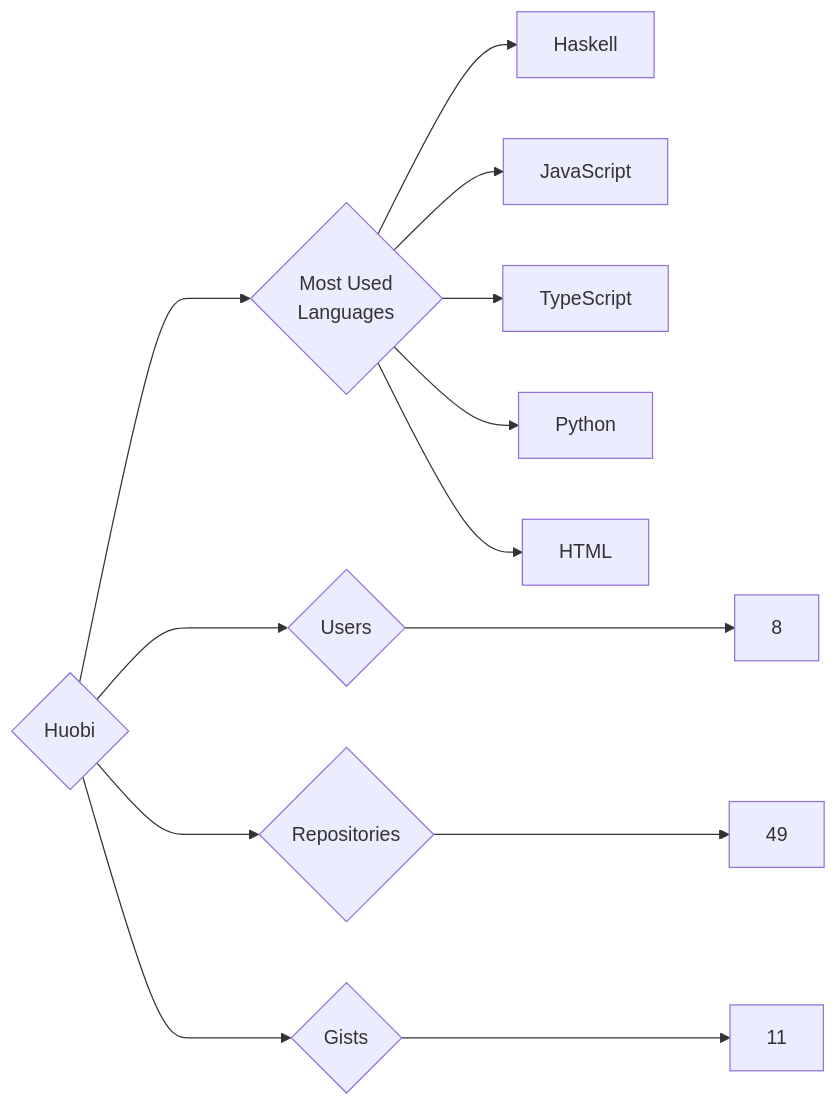
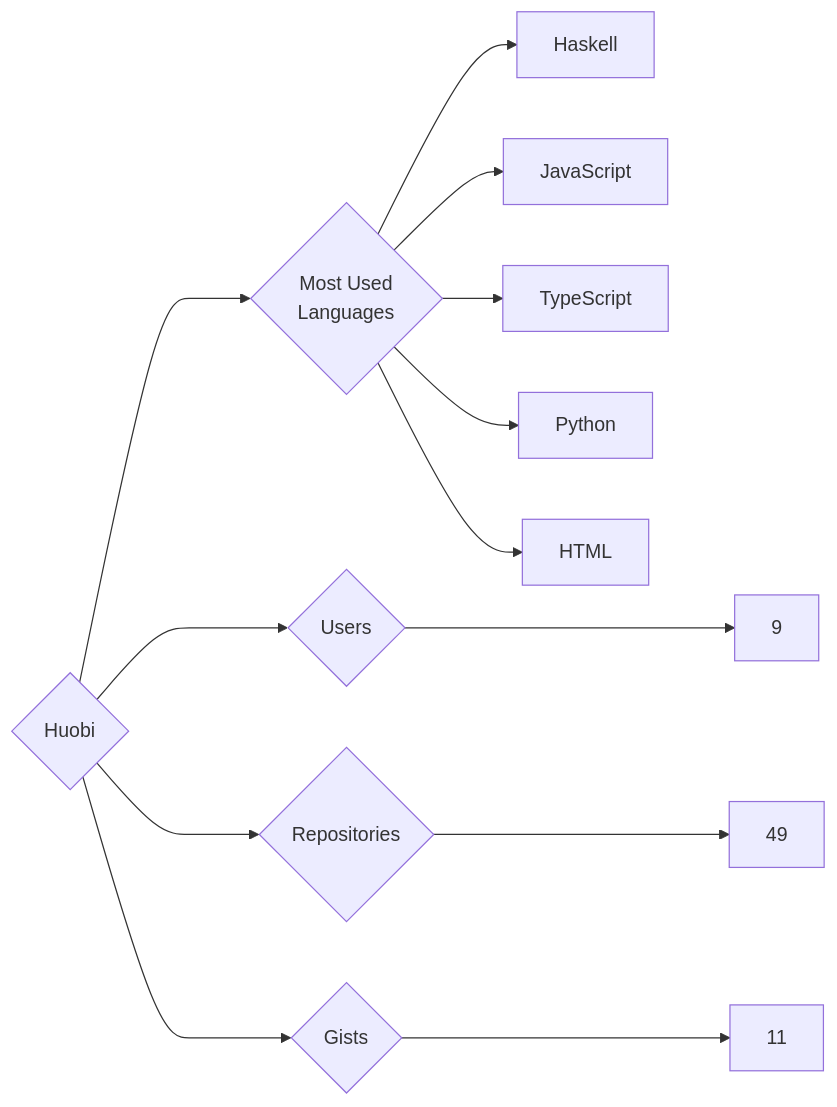
Before and after one commit to trickest/insiders: the diagram in targets/Huobi/README.md, drawn with Mermaid. The commit also changed 938 other files, not shown here.

````diff
--- a/targets/Huobi/README.md
+++ b/targets/Huobi/README.md
@@ -3,13 +3,13 @@
 ```mermaid
 graph LR
 COMPANY_NAME{Huobi}
-COMPANY_NAME ---> U{Users} ---> UN[8]
+COMPANY_NAME ---> U{Users} ---> UN[9]
 COMPANY_NAME ---> R{Repositories} ---> RN[49]
 COMPANY_NAME ---> G{Gists} ---> GN[11]
 COMPANY_NAME ---> ML{Most Used<br>Languages}
 ML --> Haskell[Haskell]
 ML --> JavaScript[JavaScript]
 ML --> TypeScript[TypeScript]
 ML --> Python[Python]
 ML --> HTML[HTML]
 ```
````
